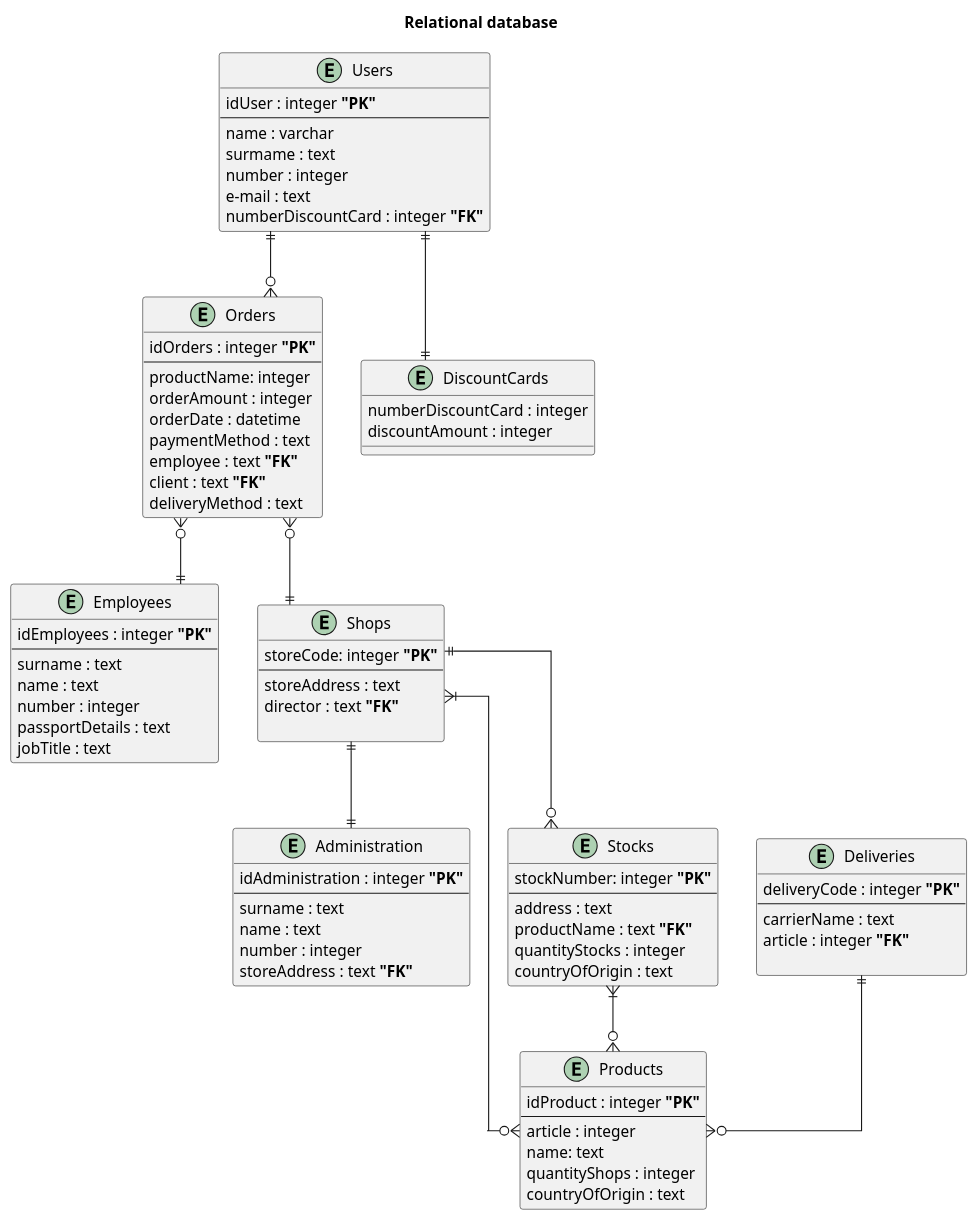
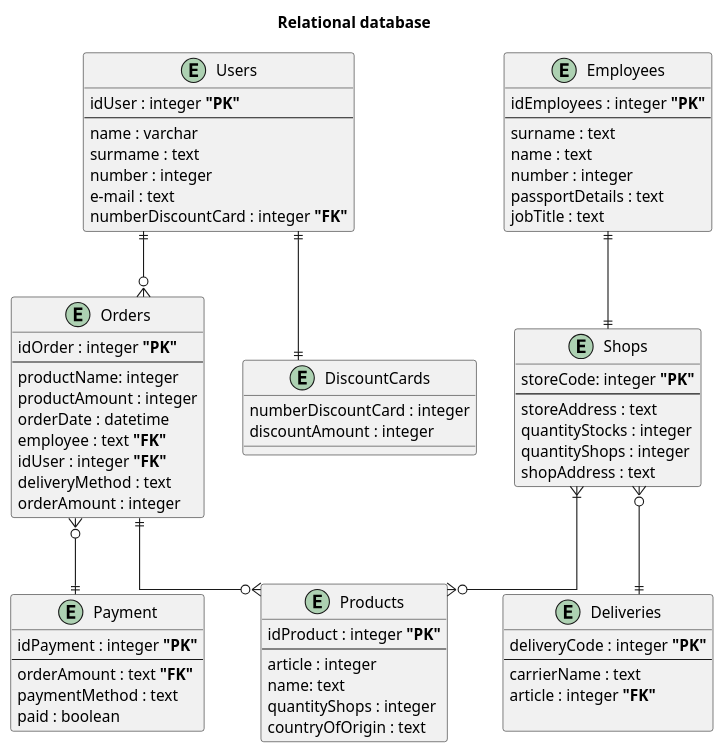
One commit to Ksenia530/Solodovnik_analytics_practice changed the diagram in ERDia.puml. Above: the diagram before and after it, drawn with PlantUML. The commit also changed 3 other files, not shown here.

```diff
--- a/ERDia.puml
+++ b/ERDia.puml
@@ -1,94 +1,85 @@
 @startuml
 title Relational database 
 skinparam linetype ortho
 
 entity "Users" as e01 {
   idUser : integer **"PK"**
   --
   name : varchar
   surmame : text
   number : integer
   e-mail : text
   numberDiscountCard : integer **"FK"**
 }
 
 entity "Products" as e02 {
   idProduct : integer **"PK"**
   --
   article : integer
   name: text
   quantityShops : integer
   countryOfOrigin : text
 }
 
 entity "Orders" as e03 {
-  idOrders : integer **"PK"**
+  idOrder : integer **"PK"**
   --
   productName: integer 
-  orderAmount : integer
+  productAmount : integer
   orderDate : datetime
-  paymentMethod : text
   employee : text **"FK"**
-  client : text **"FK"**
+  idUser : integer **"FK"**
   deliveryMethod : text
+  orderАmount : integer
 }
 
 entity "DiscountCards" as e04 {
   numberDiscountCard : integer 
   discountAmount : integer 
 }
 
 entity "Employees" as e05 {
   idEmployees : integer **"PK"**
   --
   surname : text 
   name : text
   number : integer 
   passportDetails : text
   jobTitle : text
 }
 
-entity "Administration" as e06 {
-  idAdministration : integer **"PK"**
+entity "Payment" as e06 {
+  idPayment : integer **"PK"**
   --
-  surname : text 
-  name : text
-  number : integer 
-  storeAddress : text **"FK"**
+  orderАmount : text **"FK"**
+  paymentMethod : text
+  paid : boolean
 }
 
 entity "Shops" as e07 {
   storeCode: integer **"PK"**
   --
   storeAddress : text
-  director : text **"FK"**
-  
+  quantityStocks : integer
+  quantityShops : integer
+  shopAddress : text
 }
 
 entity "Deliveries" as e08 {
   deliveryCode : integer **"PK"**
   --
   carrierName : text 
   article : integer **"FK"**
   
 }
 
-entity "Stocks" as e09 {
-  stockNumber: integer **"PK"**
-  --
-  address : text
-  productName : text **"FK"**
-  quantityStocks : integer
-  countryOfOrigin : text
-}
+
 
 e01 ||--o{ e03
 e01 ||--|| e04
-e03 }o--|| e07
-e03 }o--||  e05
-e07 ||--o{ e09
-e07 ||--|| e06
 e07 }|--o{ e02
-e09 }|--o{  e02
-e08 ||--o{ e02
+e07 }o--|| e08
+e05 ||--|| e07
+e03 }o--|| e06
+e03 ||--o{ e02
 @enduml
```
